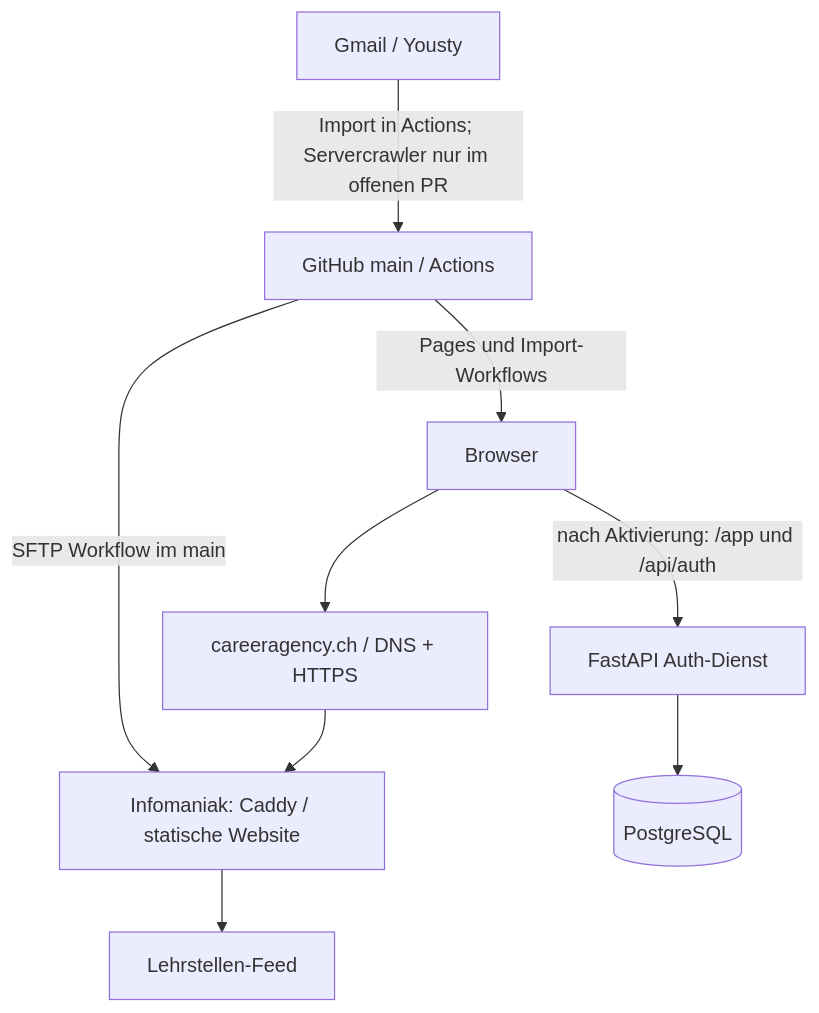
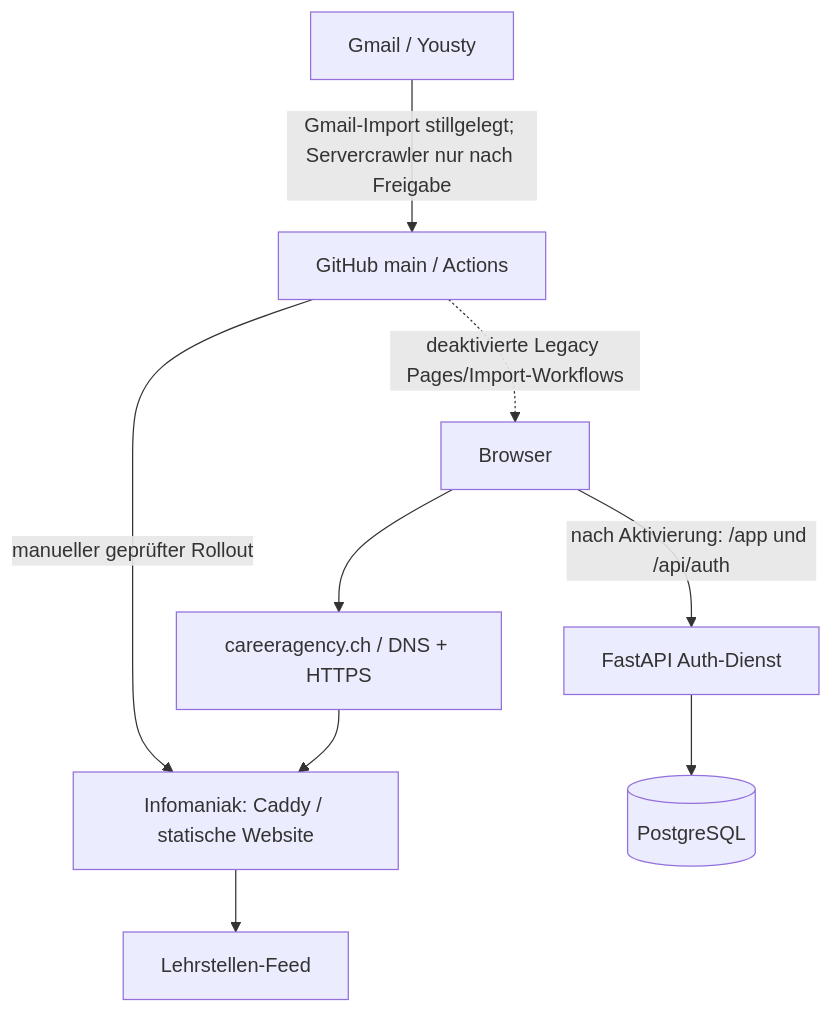
The diagram in docs/operations/server-map.md (Coco1the8creator7/bewerbungs-agent), drawn with Mermaid before and after one commit. The commit also changed other lines of this file, not shown here.

````diff
--- a/docs/operations/server-map.md
+++ b/docs/operations/server-map.md
@@ -18,11 +18,11 @@
 ```mermaid
 flowchart TD
  B[Browser] --> D[careeragency.ch / DNS + HTTPS]
  D --> C[Infomaniak: Caddy / statische Website]
  C --> F[Lehrstellen-Feed]
  B -->|nach Aktivierung: /app und /api/auth| A[FastAPI Auth-Dienst]
  A --> DB[(PostgreSQL)]
- GH[GitHub main / Actions] -->|SFTP Workflow im main| C
- GH -->|Pages und Import-Workflows| B
- E[Gmail / Yousty] -->|Import in Actions; Servercrawler nur im offenen PR| GH
+ GH[GitHub main / Actions] -->|manueller geprüfter Rollout| C
+ GH -.->|deaktivierte Legacy Pages/Import-Workflows| B
+ E[Gmail / Yousty] -->|Gmail-Import stillgelegt; Servercrawler nur nach Freigabe| GH
 ```
````
